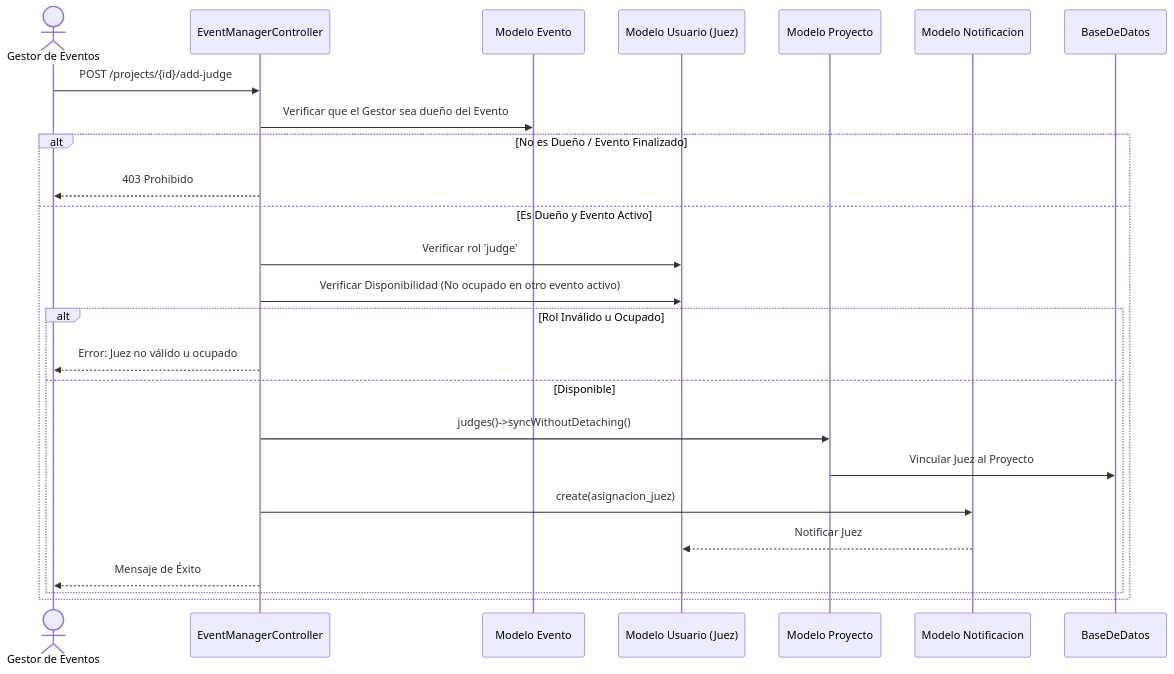
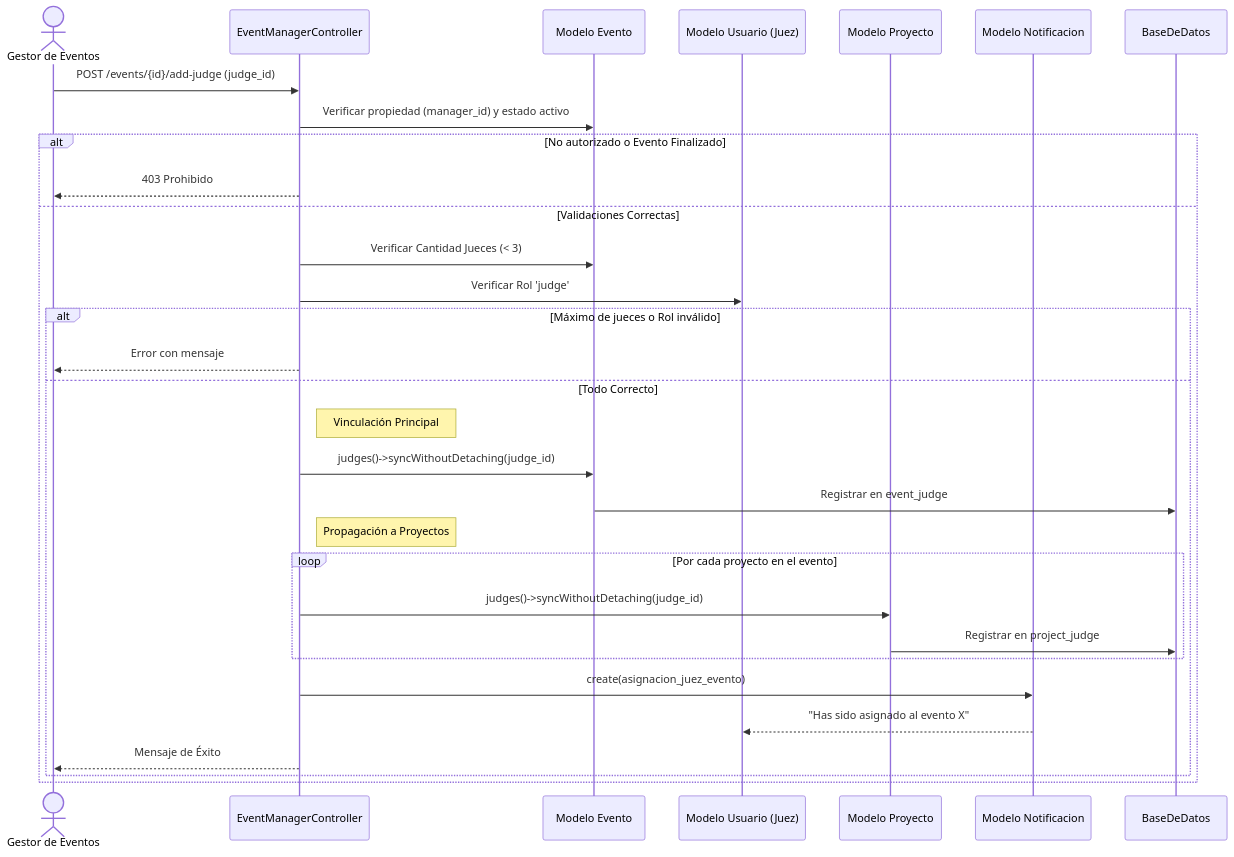
The third of 6 diagrams in README.md (HFernandoCR/WebAtoon), drawn with Mermaid before and after one commit. The commit also changed other lines of this file, not shown here.

````diff
--- a/README.md
+++ b/README.md
@@ -149,32 +147,39 @@
 ```mermaid
 sequenceDiagram
     actor Gestor as Gestor de Eventos
-    participant EventManagerController
-    participant Modelo Evento
-    participant Modelo Usuario (Juez)
-    participant Modelo Proyecto
-    participant Modelo Notificacion
-    participant BaseDeDatos
+    participant EventManager as EventManagerController
+    participant Evento as Modelo Evento
+    participant UsuarioJuez as Modelo Usuario (Juez)
+    participant Proyecto as Modelo Proyecto
+    participant Notificacion as Modelo Notificacion
+    participant BD as BaseDeDatos
 
-    Gestor->>EventManagerController: POST /projects/{id}/add-judge
-    EventManagerController->>Modelo Evento: Verificar que el Gestor sea dueño del Evento
+    Gestor->>EventManager: POST /events/{id}/add-judge (judge_id)
     
-    alt No es Dueño / Evento Finalizado
-        EventManagerController-->>Gestor: 403 Prohibido
-    else Es Dueño y Evento Activo
-        EventManagerController->>Modelo Usuario (Juez): Verificar rol 'judge'
-        EventManagerController->>Modelo Usuario (Juez): Verificar Disponibilidad (No ocupado en otro evento activo)
+    EventManager->>Evento: Verificar propiedad (manager_id) y estado activo
+    alt No autorizado o Evento Finalizado
+        EventManager-->>Gestor: 403 Prohibido
+    else Validaciones Correctas
+        EventManager->>Evento: Verificar Cantidad Jueces (< 3)
+        EventManager->>UsuarioJuez: Verificar Rol 'judge'
         
-        alt Rol Inválido u Ocupado
-            EventManagerController-->>Gestor: Error: Juez no válido u ocupado
-        else Disponible
-            EventManagerController->>Modelo Proyecto: judges()->syncWithoutDetaching()
-            Modelo Proyecto->>BaseDeDatos: Vincular Juez al Proyecto
+        alt Máximo de jueces o Rol inválido
+            EventManager-->>Gestor: Error con mensaje
+        else Todo Correcto
+            note right of EventManager: Vinculación Principal
+            EventManager->>Evento: judges()->syncWithoutDetaching(judge_id)
+            Evento->>BD: Registrar en event_judge
             
-            EventManagerController->>Modelo Notificacion: create(asignacion_juez)
-            Modelo Notificacion-->>Modelo Usuario (Juez): Notificar Juez
+            note right of EventManager: Propagación a Proyectos
+            loop Por cada proyecto en el evento
+                EventManager->>Proyecto: judges()->syncWithoutDetaching(judge_id)
+                Proyecto->>BD: Registrar en project_judge
+            end
             
-            EventManagerController-->>Gestor: Mensaje de Éxito
+            EventManager->>Notificacion: create(asignacion_juez_evento)
+            Notificacion-->>UsuarioJuez: "Has sido asignado al evento X"
+            
+            EventManager-->>Gestor: Mensaje de Éxito
         end
     end
 ```
````
